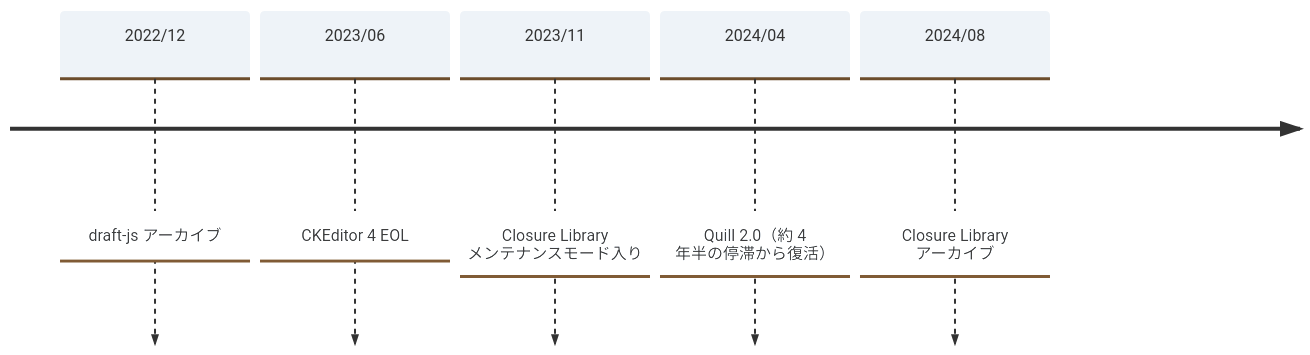
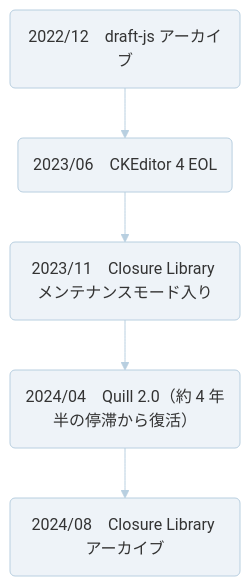
One commit to SPlCYWOLF/zenn changed the diagram in articles/blog_fes_2026_rte_decision.md. Above: the diagram before and after it, drawn with Mermaid.

Commit message:
add: blog for blog fes 2025 2

````diff
--- a/articles/blog_fes_2026_rte_decision.md
+++ b/articles/blog_fes_2026_rte_decision.md
@@ -33,11 +33,13 @@
 ```mermaid
 %%{init: {'theme': 'base', 'themeVariables': {
-  'cScale0': '#eef3f8', 'cScaleLabel0': '#333333'
-}, 'timeline': {'disableMulticolor': true}}}%%
-timeline
-    2022/12 : draft-js アーカイブ
-    2023/06 : CKEditor 4 EOL
-    2023/11 : Closure Library メンテナンスモード入り
-    2024/04 : Quill 2.0（約 4 年半の停滞から復活）
-    2024/08 : Closure Library アーカイブ
+  'primaryColor': '#eef3f8', 'primaryTextColor': '#333333',
+  'primaryBorderColor': '#b8cfe0', 'lineColor': '#b8cfe0'
+}}}%%
+flowchart TD
+    e1("2022/12　draft-js アーカイブ")
+    e2("2023/06　CKEditor 4 EOL")
+    e3("2023/11　Closure Library メンテナンスモード入り")
+    e4("2024/04　Quill 2.0（約 4 年半の停滞から復活）")
+    e5("2024/08　Closure Library アーカイブ")
+    e1 --> e2 --> e3 --> e4 --> e5
 ```
````
